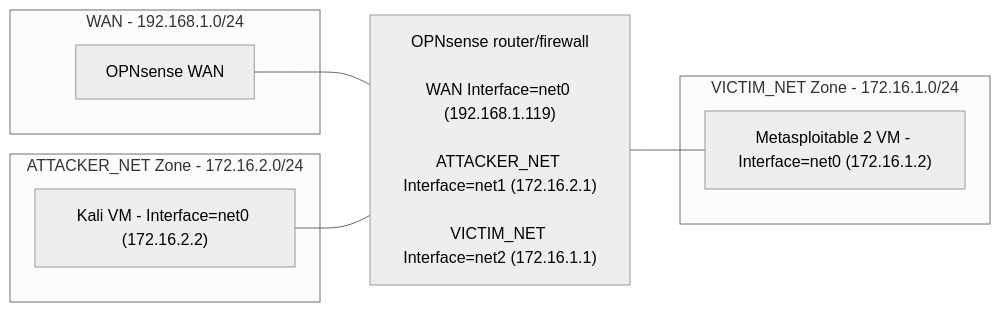
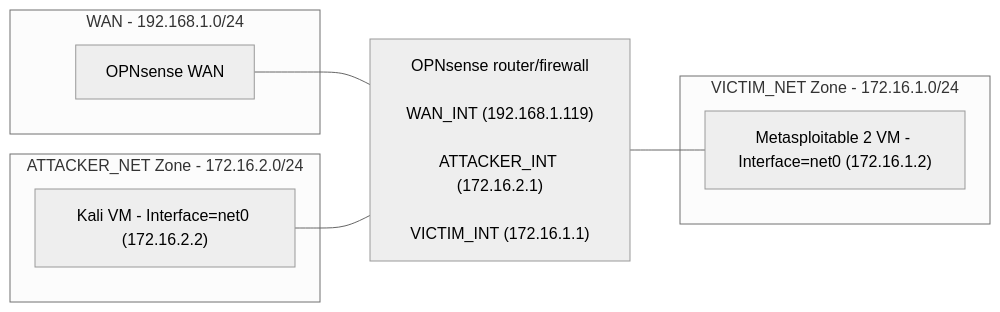
One commit to oliver-vucic/homelab-IDS changed the diagram in docs/architecture.md. Above: the diagram before and after it, drawn with Mermaid (neutral theme). The commit also changed other lines of this file, not shown here.

````diff
--- a/docs/architecture.md
+++ b/docs/architecture.md
@@ -50,16 +50,16 @@
 ```mermaid
 flowchart LR
     subgraph WAN["WAN - 192.168.1.0/24"]
         HOME["OPNsense WAN "]
     end
     subgraph VICTIM_NET["VICTIM_NET Zone - 172.16.1.0/24"]
         VICTIM["Metasploitable 2 VM - Interface=net0 (172.16.1.2)"]
     end
     subgraph ATTACKER_NET["ATTACKER_NET Zone - 172.16.2.0/24"]
         KALI["Kali VM - Interface=net0 (172.16.2.2)"]
     end
-    FW["OPNsense router/firewall<br/><br/>WAN Interface=net0 (192.168.1.119)<br/><br/>ATTACKER_NET Interface=net1 (172.16.2.1)<br/><br/>VICTIM_NET Interface=net2 (172.16.1.1)"]
+    FW["OPNsense router/firewall<br/><br/>WAN_INT (192.168.1.119)<br/><br/>ATTACKER_INT (172.16.2.1)<br/><br/>VICTIM_INT (172.16.1.1)"]
     HOME --- FW
     FW --- VICTIM
     KALI --- FW
 ```
````
